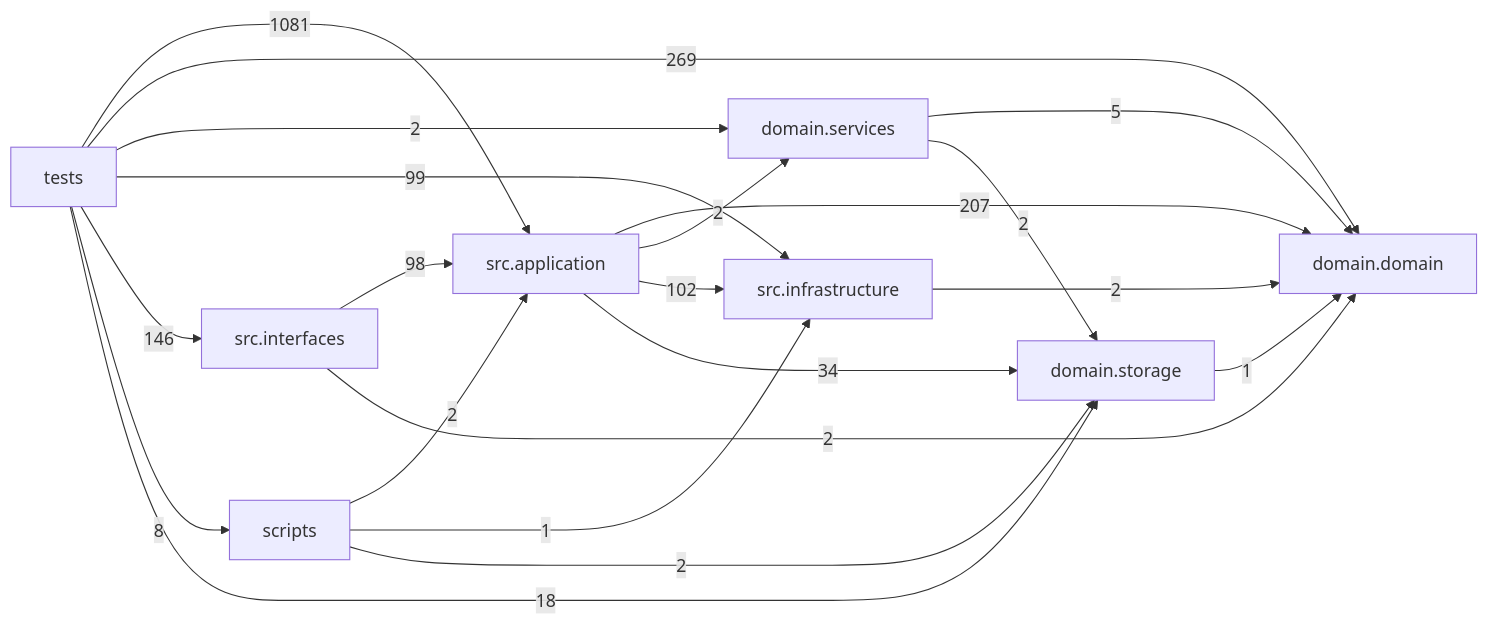
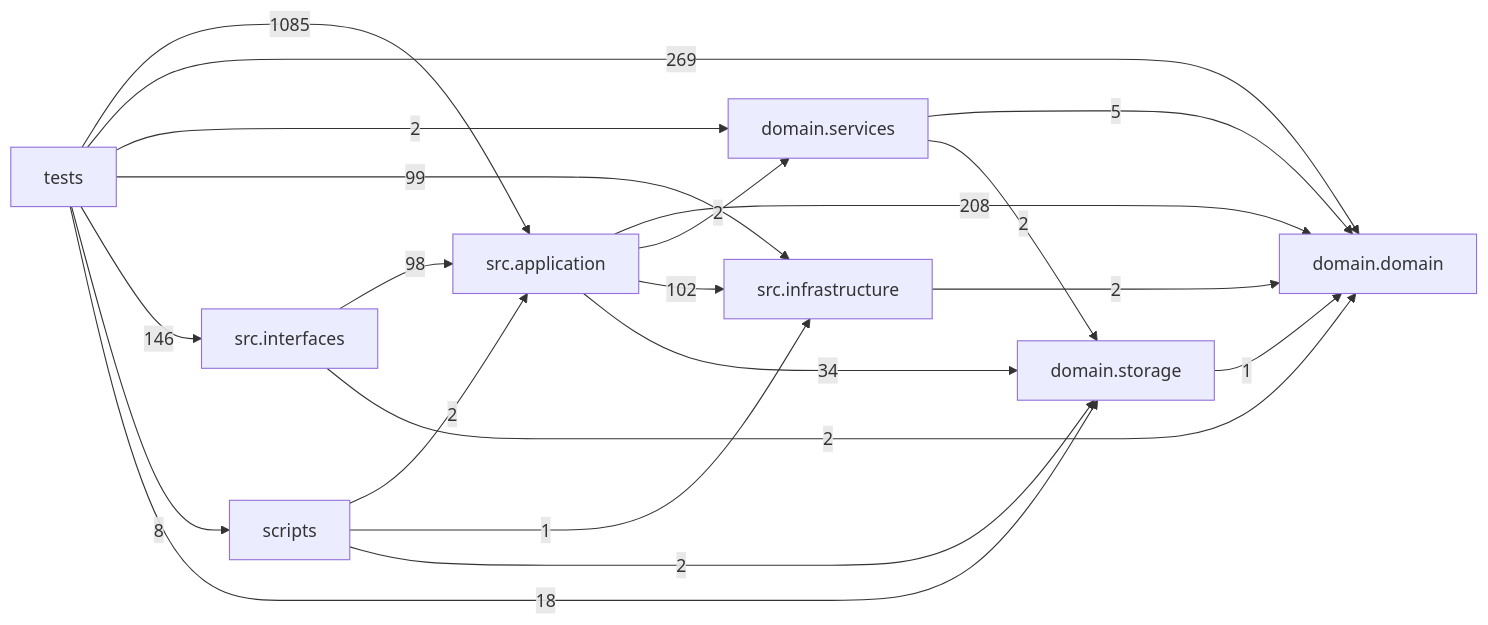
The diagram in docs/DEPENDENCY_GRAPH.md (liuxie066/options-monitor), drawn with Mermaid before and after one commit. The commit also changed other lines of this file and 18 other files, not shown here.

````diff
--- a/docs/DEPENDENCY_GRAPH.md
+++ b/docs/DEPENDENCY_GRAPH.md
@@ -24,31 +24,31 @@
 ```mermaid
 flowchart LR
   tests["tests"]
   scripts["scripts"]
   interfaces["src.interfaces"]
   application["src.application"]
   infrastructure["src.infrastructure"]
   domain_services["domain.services"]
   domain["domain.domain"]
   storage["domain.storage"]
-  application -->|207| domain
+  application -->|208| domain
   application -->|2| domain_services
   application -->|102| infrastructure
   application -->|34| storage
   domain_services -->|5| domain
   domain_services -->|2| storage
   infrastructure -->|2| domain
   interfaces -->|98| application
   interfaces -->|2| domain
   scripts -->|2| application
   scripts -->|1| infrastructure
   scripts -->|2| storage
   storage -->|1| domain
-  tests -->|1081| application
+  tests -->|1085| application
   tests -->|269| domain
   tests -->|2| domain_services
   tests -->|99| infrastructure
   tests -->|146| interfaces
   tests -->|8| scripts
   tests -->|18| storage
 ```
````
